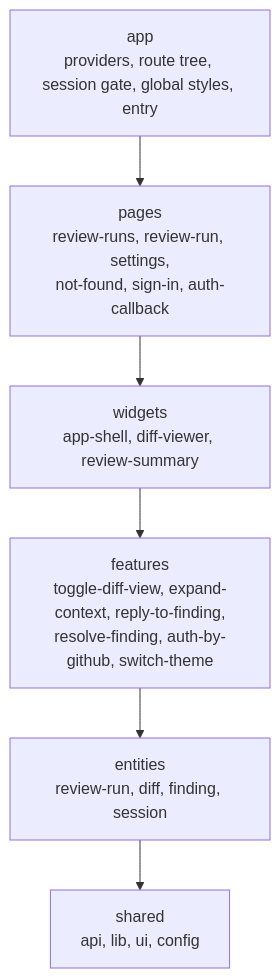
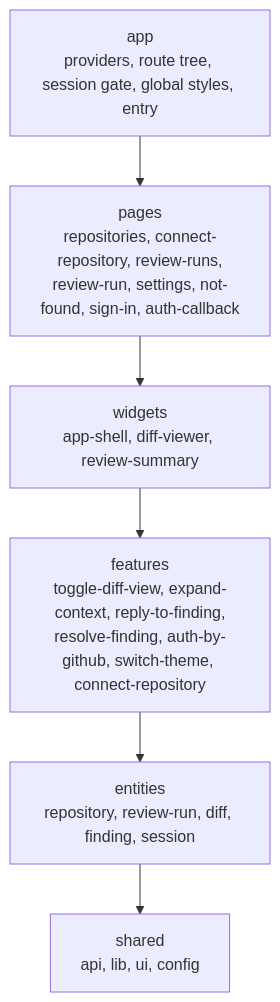
Before and after one commit to larchanka-training/dmc-268-ui-t3: the first of 2 diagrams in FRONTEND_ARCHITECTURE.md, drawn with Mermaid. The commit also changed other lines of this file and 53 other files, not shown here.

First line of the commit message:
feat: repositories list and connect repository screen

````diff
--- a/FRONTEND_ARCHITECTURE.md
+++ b/FRONTEND_ARCHITECTURE.md
@@ -9,9 +9,9 @@
 ```mermaid
 flowchart TD
   app["app<br/>providers, route tree, session gate, global styles, entry"] --> pages
-  pages["pages<br/>review-runs, review-run, settings,<br/>not-found, sign-in, auth-callback"] --> widgets
+  pages["pages<br/>repositories, connect-repository, review-runs,<br/>review-run, settings, not-found, sign-in, auth-callback"] --> widgets
   widgets["widgets<br/>app-shell, diff-viewer, review-summary"] --> features
-  features["features<br/>toggle-diff-view, expand-context, reply-to-finding,<br/>resolve-finding, auth-by-github, switch-theme"] --> entities
-  entities["entities<br/>review-run, diff, finding, session"] --> shared
+  features["features<br/>toggle-diff-view, expand-context, reply-to-finding,<br/>resolve-finding, auth-by-github, switch-theme, connect-repository"] --> entities
+  entities["entities<br/>repository, review-run, diff, finding, session"] --> shared
   shared["shared<br/>api, lib, ui, config"]
 ```
````
